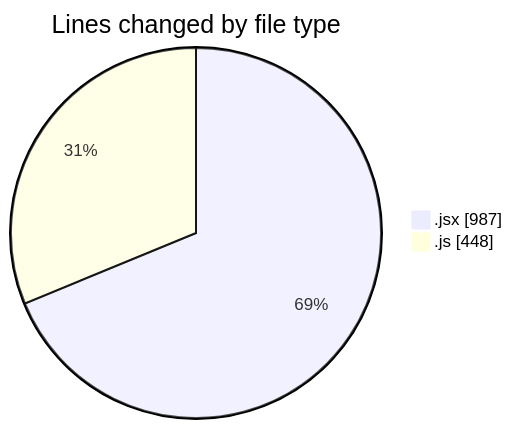
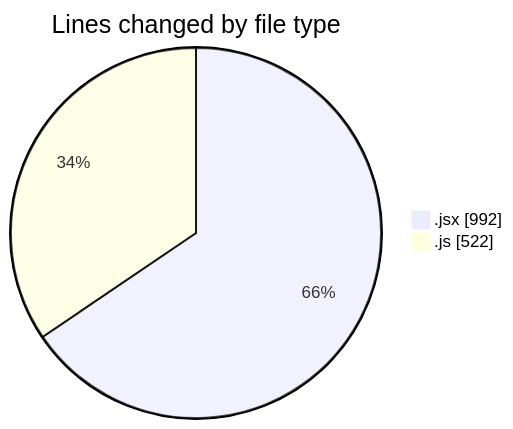
One commit to nxtqubesakshisongat/code-tracking changed the first of 2 diagrams in 2025-06-30/argos/README.md. Above: the diagram before and after it, drawn with Mermaid. The commit also changed other lines of this file and 1 other file, not shown here.

````diff
--- a/2025-06-30/argos/README.md
+++ b/2025-06-30/argos/README.md
@@ -25,6 +25,6 @@
 ```mermaid
 pie showData
 title Lines changed by file type
-".jsx" : 987
-".js" : 448
+".jsx" : 992
+".js" : 522
 ```
````
